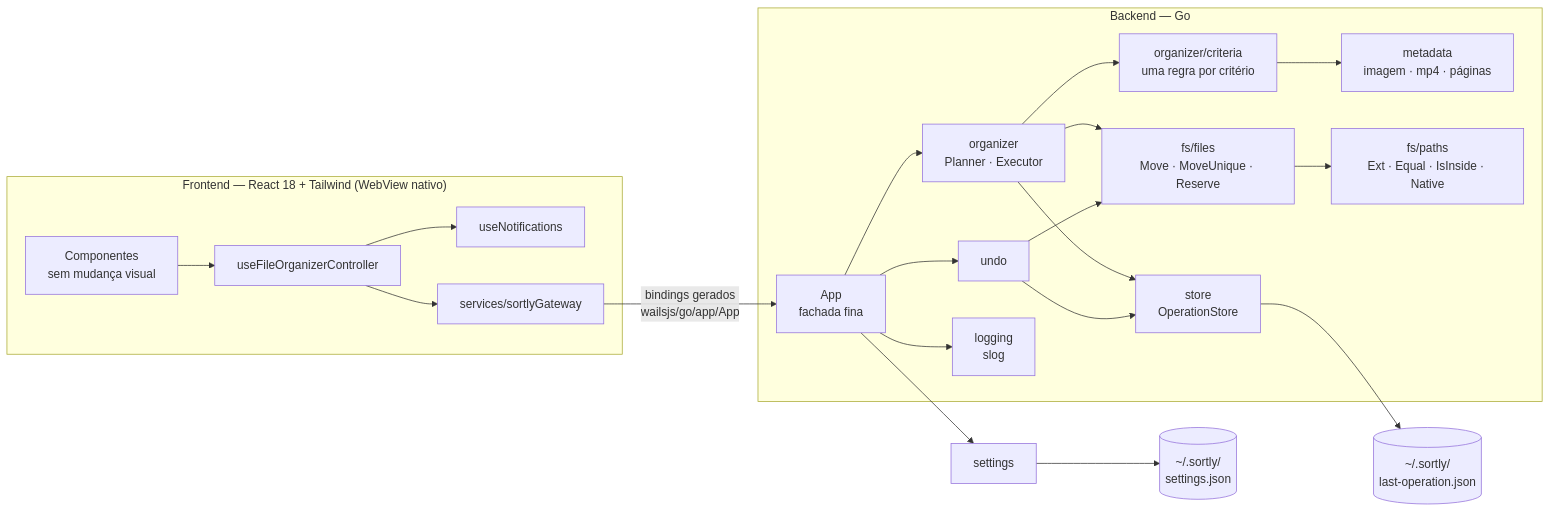
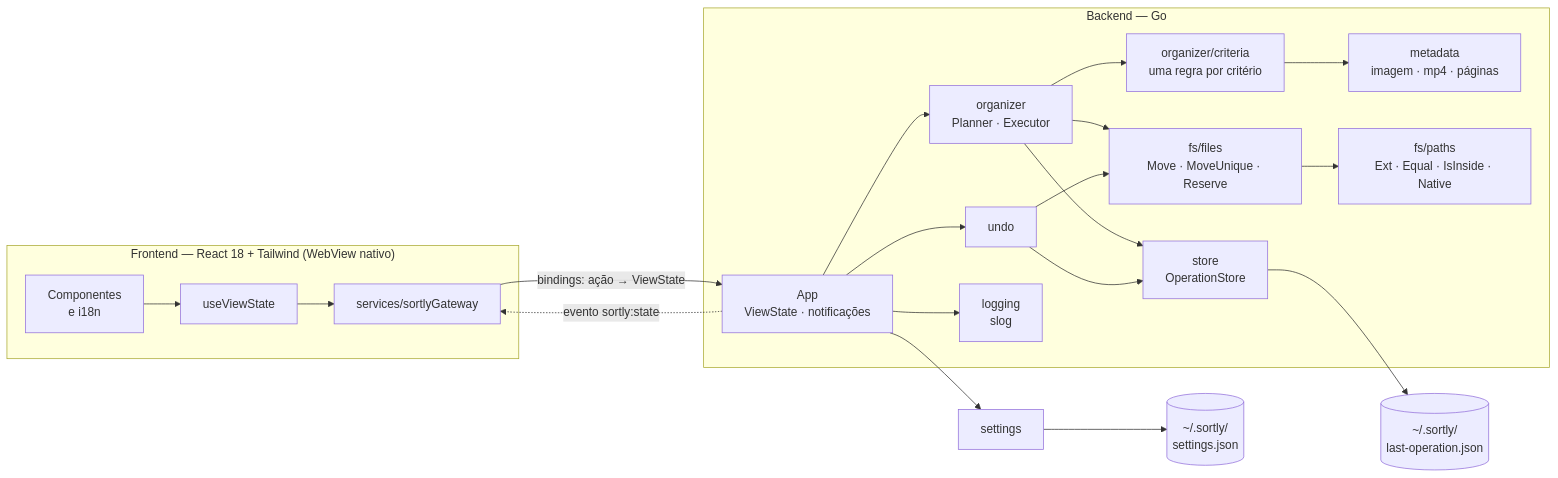
The diagram in docs/architecture.md (caiofdev/sortly), drawn with Mermaid before and after one commit. The commit also changed other lines of this file and 9 other files, not shown here.

First line of the commit message:
docs(sortly-45): ADR 0005, contrato do ViewState e roteiro com limpar notificações

````diff
--- a/docs/architecture.md
+++ b/docs/architecture.md
@@ -11,24 +11,24 @@
 ```mermaid
 flowchart LR
   subgraph Frontend["Frontend — React 18 + Tailwind (WebView nativo)"]
-    UI[Componentes<br/>sem mudança visual] --> Ctrl[useFileOrganizerController]
-    Ctrl --> Notif[useNotifications]
-    Ctrl --> GW[services/sortlyGateway]
+    UI[Componentes<br/>e i18n] --> VS[useViewState]
+    VS --> GW[services/sortlyGateway]
   end
-  GW -- "bindings gerados<br/>wailsjs/go/app/App" --> App
+  GW -- "bindings: ação → ViewState" --> App
+  App -. "evento sortly:state" .-> GW
   subgraph Backend["Backend — Go"]
-    App[App<br/>fachada fina] --> Org[organizer<br/>Planner · Executor]
+    App[App<br/>ViewState · notificações] --> Org[organizer<br/>Planner · Executor]
     Org --> Crit[organizer/criteria<br/>uma regra por critério]
     App --> Undo[undo]
     Crit --> Meta[metadata<br/>imagem · mp4 · páginas]
     Org --> Files[fs/files<br/>Move · MoveUnique · Reserve]
     Undo --> Files
     Files --> Paths[fs/paths<br/>Ext · Equal · IsInside · Native]
     Org --> Store[store<br/>OperationStore]
     Undo --> Store
     App --> Log[logging<br/>slog]
   end
   Store --> JSON[(~/.sortly/<br/>last-operation.json)]
   App --> Settings[settings]
   Settings --> Prefs[(~/.sortly/<br/>settings.json)]
 ```
````
